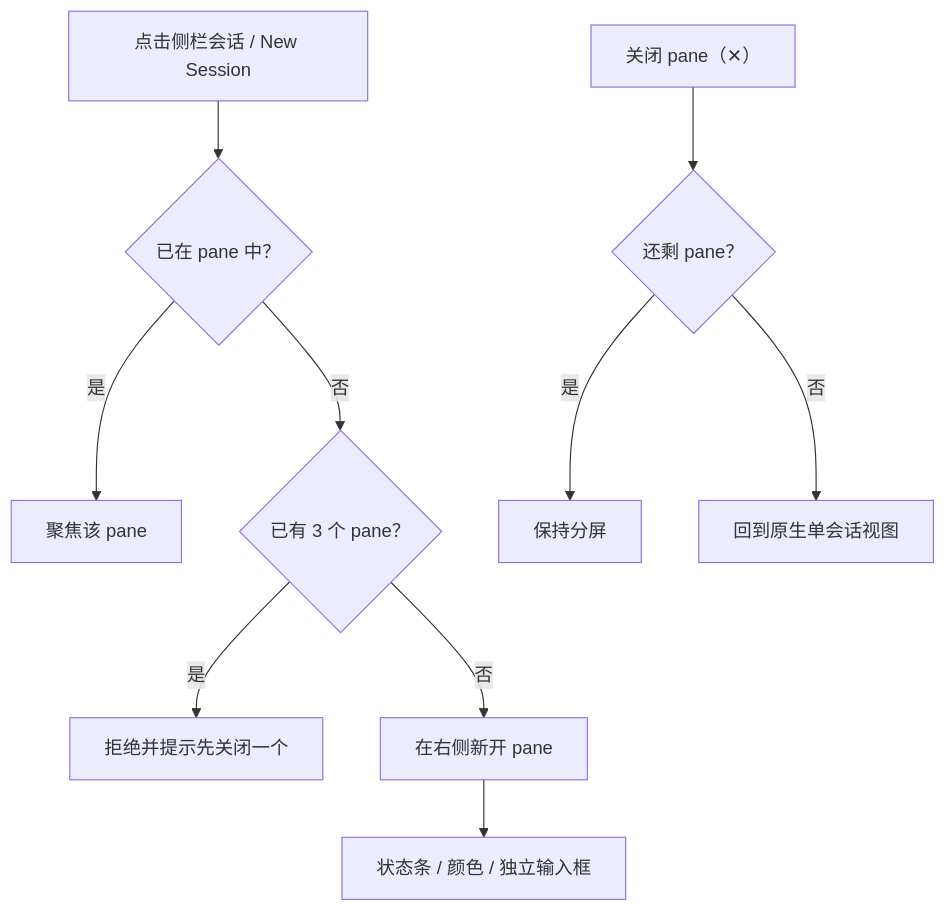
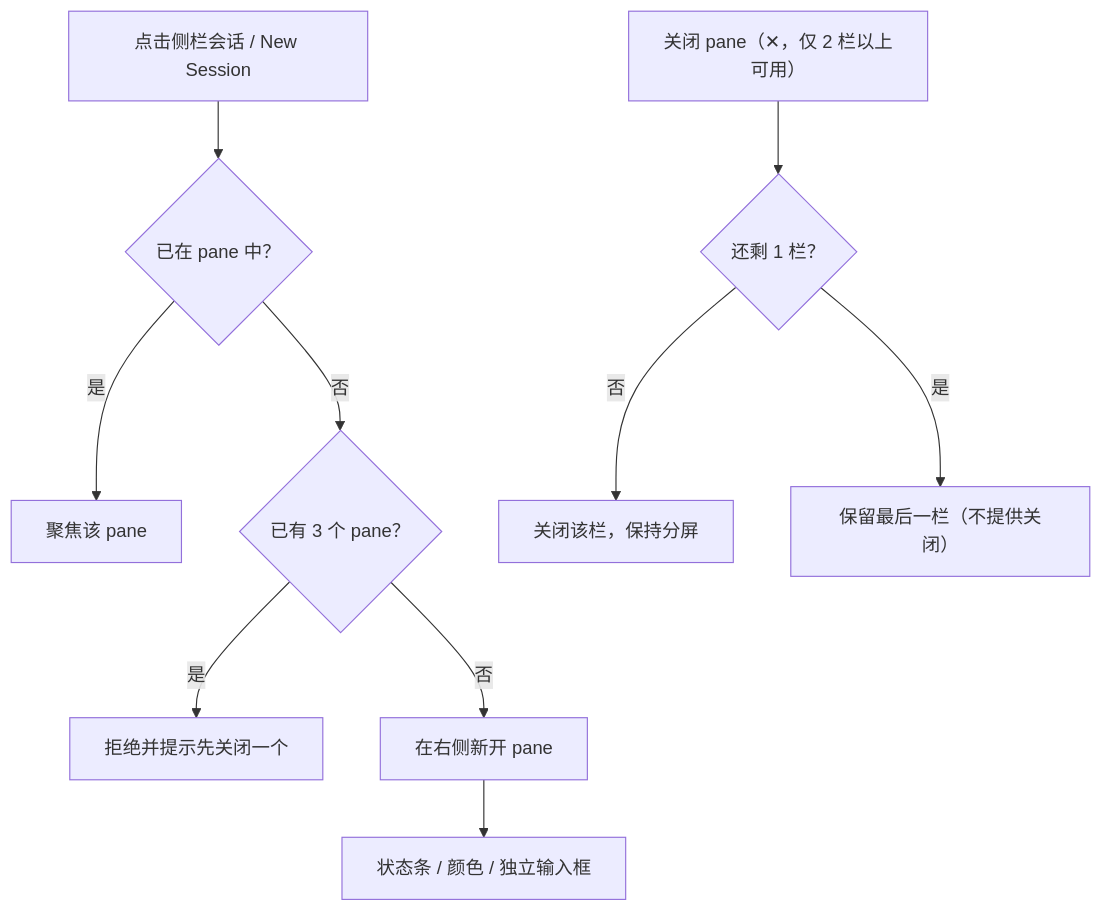
One commit to HZWzzl/dsh-split-panels changed the second of 4 diagrams in README.md. Above: the diagram before and after it, drawn with Mermaid. The commit also changed other lines of this file and 2 other files, not shown here.

Commit message:
fix: pane 绑定自有 reference；最后一栏不可关闭；行内操作不误开栏
消息被吞的根因：pane 的 SessionFace 取自 sessions.binding(id)（宿主当前
发布的全局 binding），可能是 stock 主视图已解绑的旧 generation——界面
空白/旧历史，prompt 发出去了但事件订阅挂在死 scope 上，表现为新消息与
回复都不显示。现在 pane 只绑定自己 retain 的 reference，并等其 ready
再绑定；face 失效时丢弃并重新 retain。

- 最后一栏不再渲染 ✕（关闭它只会退回原生单会话视图），closeFocused
  保持原有 exit 语义；closeLeaf 增加防御：不允许清空最后一栏。
- 侧栏会话卡片上的 ⋯/归档/置顶等按钮点击只执行原生动作，不在右侧
  开 pane；点标题/卡片主体才打开或聚焦。
- README/help 文案同步。

验证（一次性会话，已删除）：修复前 T1 pane 空白、发送后仍不显示；
修复后同场景 pane 正常加载历史，打开第三个会话后再向 T1 发送，
消息与回复立即出现；置顶/归档点击不新增 pane，标题点击正常开栏；
两栏关一栏后剩 1 pane 且无 ✕；刷新后仍无 ✕。

````diff
--- a/README.md
+++ b/README.md
@@ -39,12 +39,12 @@
 ```mermaid
 flowchart TD
   A["点击侧栏会话 / New Session"] --> B{"已在 pane 中？"}
   B -- 是 --> C["聚焦该 pane"]
   B -- 否 --> D{"已有 3 个 pane？"}
   D -- 是 --> E["拒绝并提示先关闭一个"]
   D -- 否 --> F["在右侧新开 pane"]
   F --> G["状态条 / 颜色 / 独立输入框"]
-  H["关闭 pane（✕）"] --> I{"还剩 pane？"}
-  I -- 是 --> J["保持分屏"]
-  I -- 否 --> K["回到原生单会话视图"]
+  H["关闭 pane（✕，仅 2 栏以上可用）"] --> I{"还剩 1 栏？"}
+  I -- 否 --> J["关闭该栏，保持分屏"]
+  I -- 是 --> K["保留最后一栏（不提供关闭）"]
 ```
````
